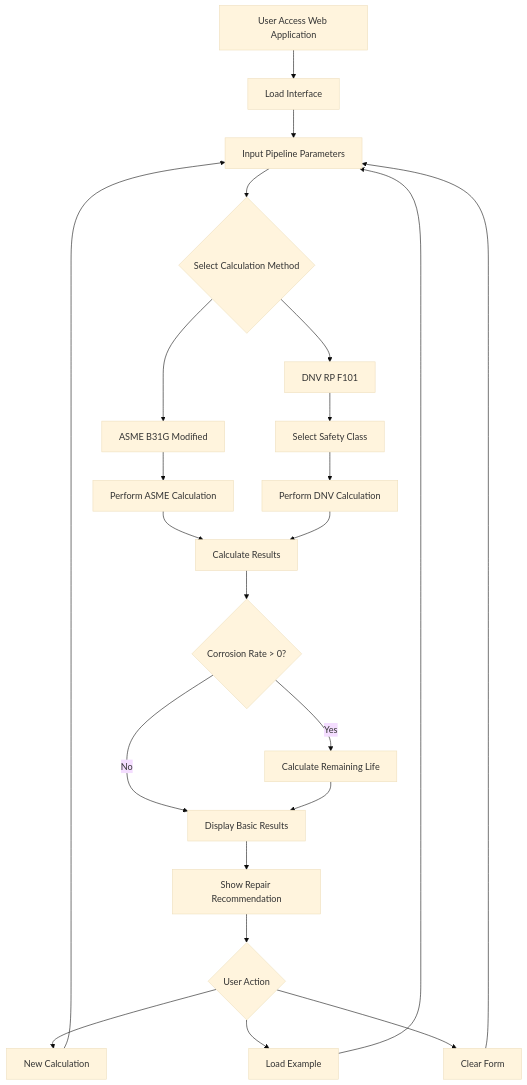
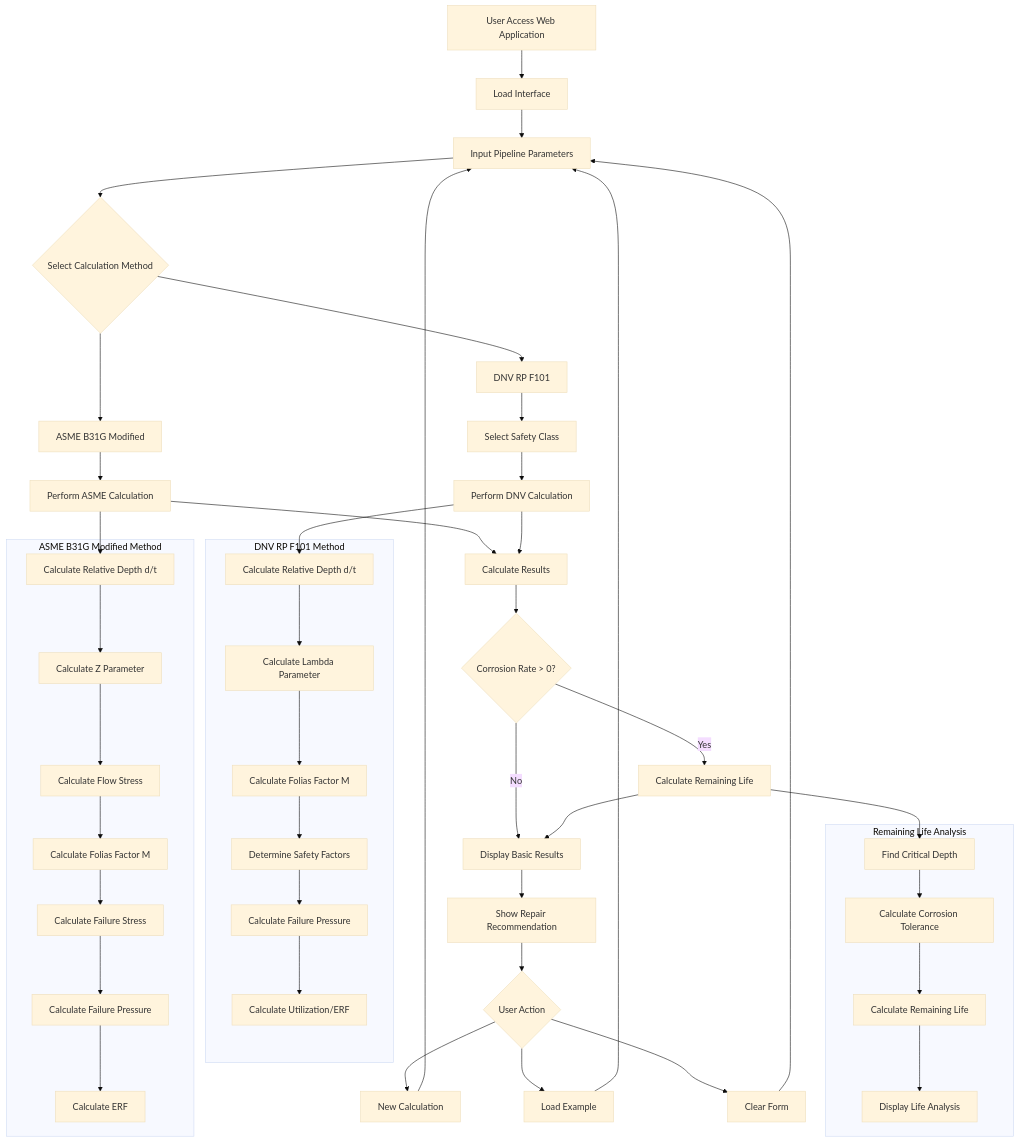
The diagram in README.md (Eduard-Ibr/pipeline-ffs), drawn with Mermaid (base theme) before and after one commit.

````diff
--- a/README.md
+++ b/README.md
@@ -40,30 +40,57 @@
 ```mermaid
 graph TD
     A[User Access Web Application] --> B[Load Interface]
     B --> C[Input Pipeline Parameters]
     C --> D{Select Calculation Method}
     D --> E[ASME B31G Modified]
     D --> F[DNV RP F101]
     
     E --> G[Perform ASME Calculation]
     F --> H[Select Safety Class]
     H --> I[Perform DNV Calculation]
     
     G --> J[Calculate Results]
     I --> J
     
     J --> K{Corrosion Rate > 0?}
     K -->|Yes| L[Calculate Remaining Life]
     K -->|No| M[Display Basic Results]
     L --> M
     
     M --> N[Show Repair Recommendation]
     N --> O{User Action}
     O --> P[New Calculation]
     O --> Q[Load Example]
     O --> R[Clear Form]
     
     P --> C
     Q --> C
     R --> C
+    
+    subgraph "ASME B31G Modified Method"
+        G1[Calculate Relative Depth d/t] --> G2[Calculate Z Parameter]
+        G2 --> G3[Calculate Flow Stress]
+        G3 --> G4[Calculate Folias Factor M]
+        G4 --> G5[Calculate Failure Stress]
+        G5 --> G6[Calculate Failure Pressure]
+        G6 --> G7[Calculate ERF]
+    end
+    
+    subgraph "DNV RP F101 Method"
+        I1[Calculate Relative Depth d/t] --> I2[Calculate Lambda Parameter]
+        I2 --> I3[Calculate Folias Factor M]
+        I3 --> I4[Determine Safety Factors]
+        I4 --> I5[Calculate Failure Pressure]
+        I5 --> I6[Calculate Utilization/ERF]
+    end
+    
+    subgraph "Remaining Life Analysis"
+        L1[Find Critical Depth] --> L2[Calculate Corrosion Tolerance]
+        L2 --> L3[Calculate Remaining Life]
+        L3 --> L4[Display Life Analysis]
+    end
+    
+    G --> G1
+    I --> I1
+    L --> L1
 ```
````
